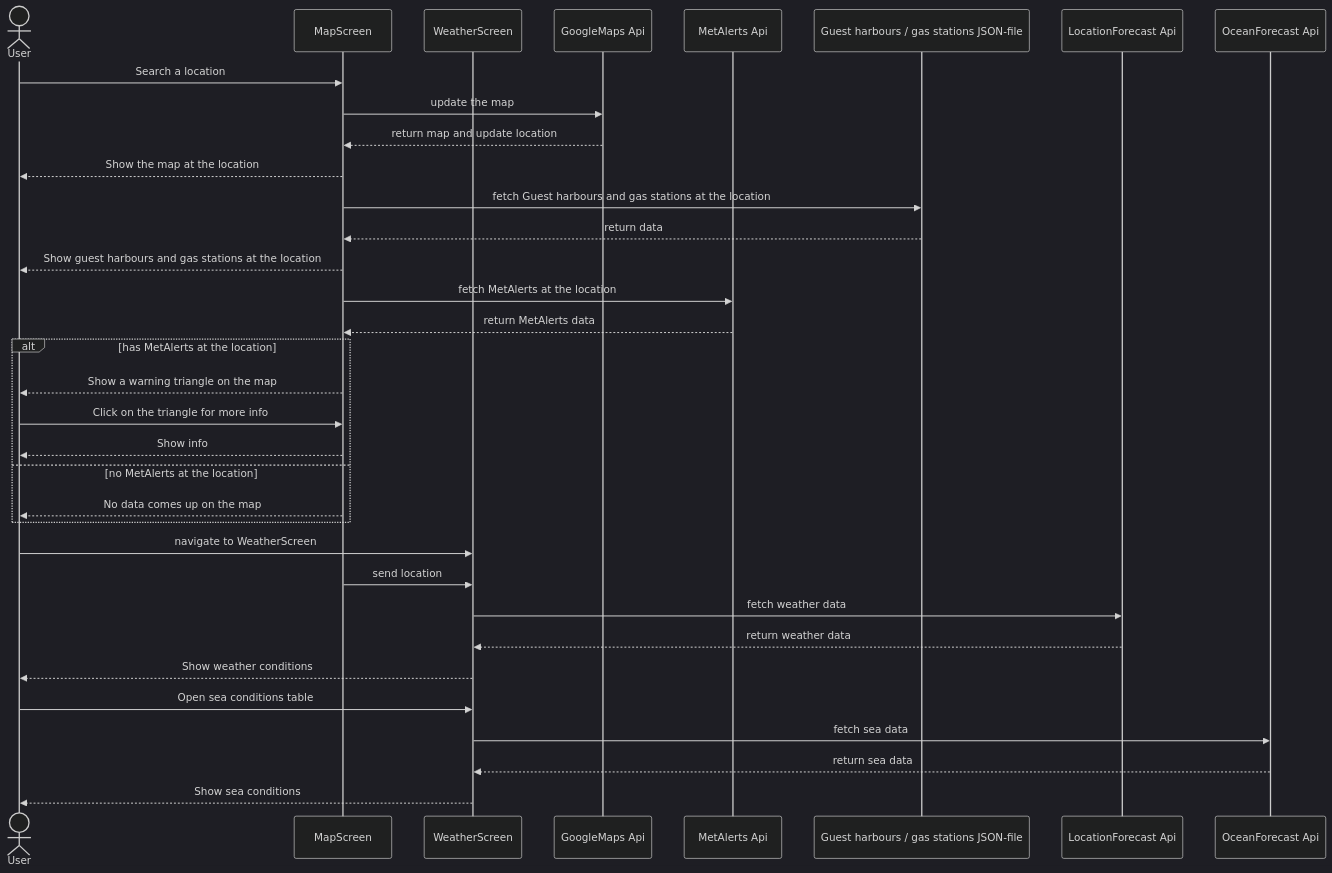
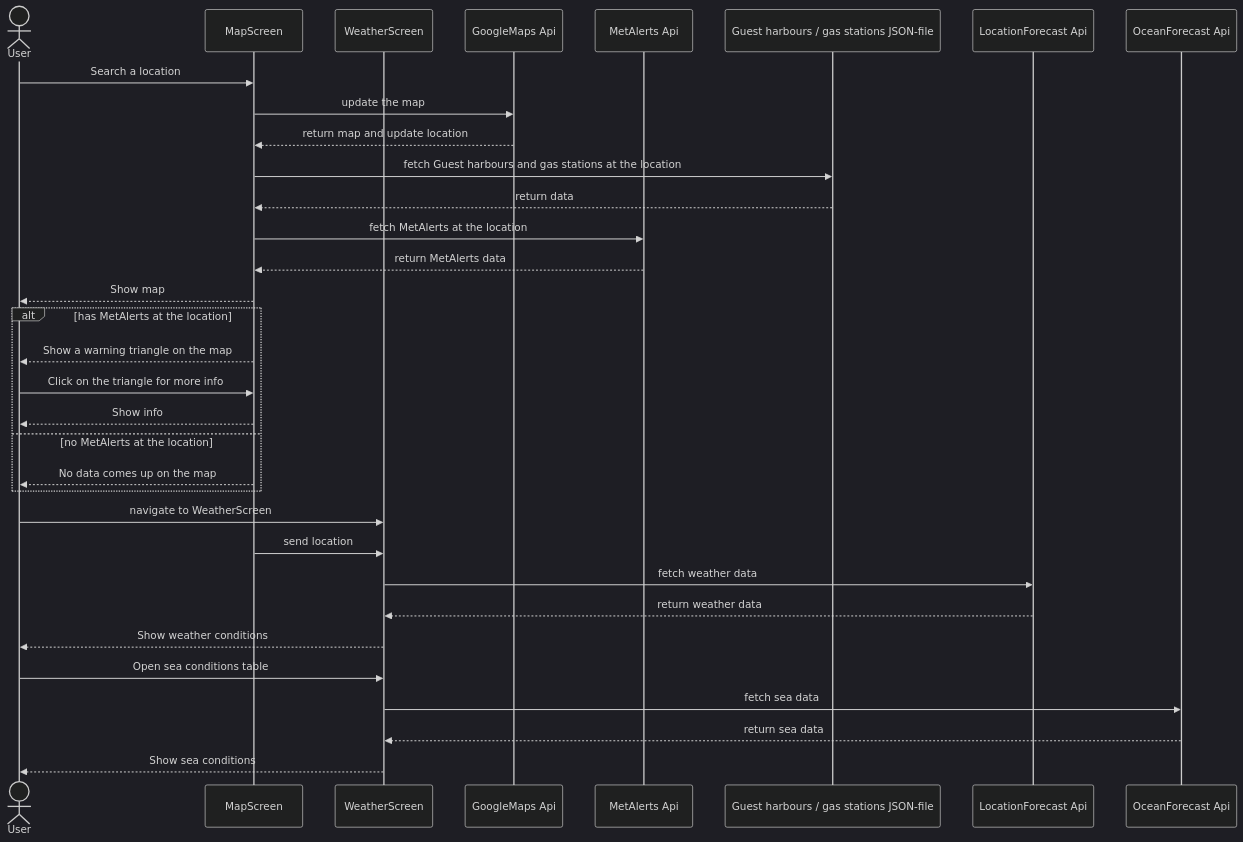
One commit to ronjainstanes/IN2000-student-project changed the diagram in MODELING.md. Above: the diagram before and after it, drawn with Mermaid (dark theme). The commit also changed other lines of this file, not shown here.

````diff
--- a/MODELING.md
+++ b/MODELING.md
@@ -63,59 +64,57 @@
 ```mermaid
     sequenceDiagram
         actor User
         participant MapScreen
         participant WeatherScreen 
         participant GoogleMaps Api
         participant MetAlerts Api
         participant Guest harbours / gas stations JSON-file
         participant LocationForecast Api
         participant OceanForecast Api
 
         User->>MapScreen: Search a location
 
         MapScreen->>GoogleMaps Api: update the map
         
         GoogleMaps Api-->>MapScreen: return map and update location
         
-        MapScreen-->>User: Show the map at the location
-        
         MapScreen->>Guest harbours / gas stations JSON-file: fetch Guest harbours and gas stations at the location
         
         Guest harbours / gas stations JSON-file-->>MapScreen: return data
         
-        MapScreen-->>User: Show guest harbours and gas stations at the location
-        
         MapScreen->>MetAlerts Api: fetch MetAlerts at the location
         
         MetAlerts Api-->>MapScreen: return MetAlerts data
+        
+        MapScreen-->>User: Show map 
 
         alt has MetAlerts at the location
         
             MapScreen-->>User: Show a warning triangle on the map
             User->>MapScreen: Click on the triangle for more info
             MapScreen-->>User: Show info
 
         else no MetAlerts at the location
         
             MapScreen-->>User: No data comes up on the map
 
         end
         
         User->>WeatherScreen: navigate to WeatherScreen
         
         MapScreen->>WeatherScreen: send location
         
         WeatherScreen->>LocationForecast Api: fetch weather data
         
         LocationForecast Api-->>WeatherScreen: return weather data
         
         WeatherScreen-->>User: Show weather conditions
         
         User->>WeatherScreen: Open sea conditions table
         
         WeatherScreen->>OceanForecast Api: fetch sea data
         
         OceanForecast Api-->>WeatherScreen: return sea data
         
         WeatherScreen-->>User: Show sea conditions
 ```
````
